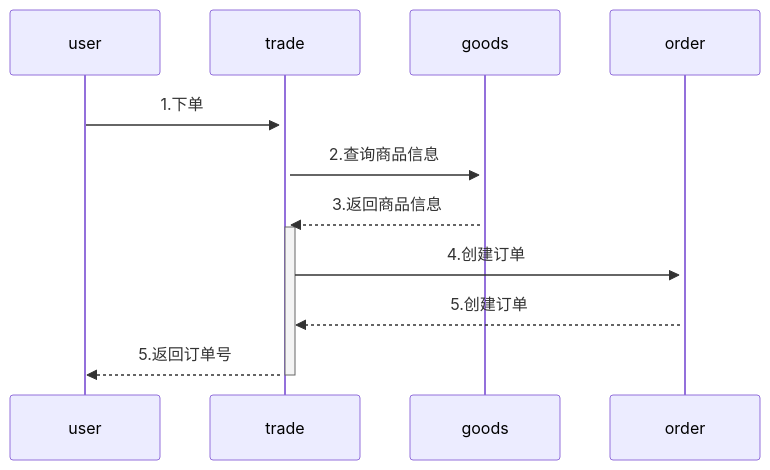
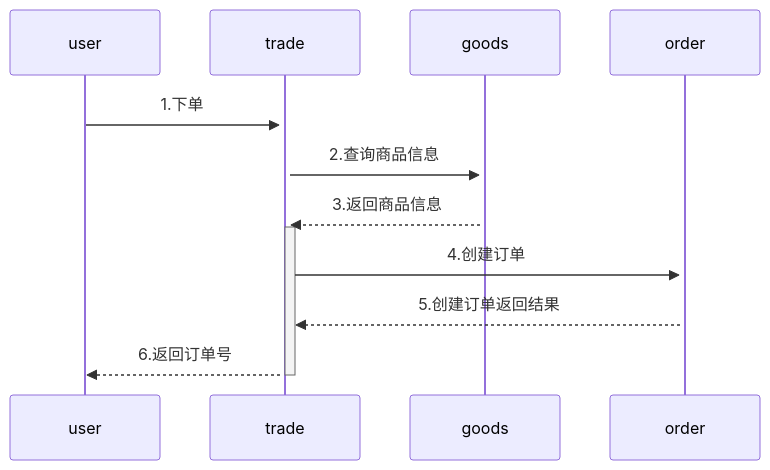
One commit to yingjianzh/iodraw-files changed the diagram in all/未命名-6.md. Above: the diagram before and after it, drawn with Mermaid.

Commit message:
2024-08-19 15:22:20 update

````diff
--- a/all/未命名-6.md
+++ b/all/未命名-6.md
@@ -1,9 +1,9 @@
 ```mermaid
 sequenceDiagram
     user->>+trade: 1.下单
     trade->>+goods: 2.查询商品信息
     goods-->>+trade: 3.返回商品信息
     trade->>+order: 4.创建订单
-    order-->>trade: 5.创建订单
-    trade-->>-user: 5.返回订单号
+    order-->>trade: 5.创建订单返回结果
+    trade-->>-user: 6.返回订单号
 ```
````
